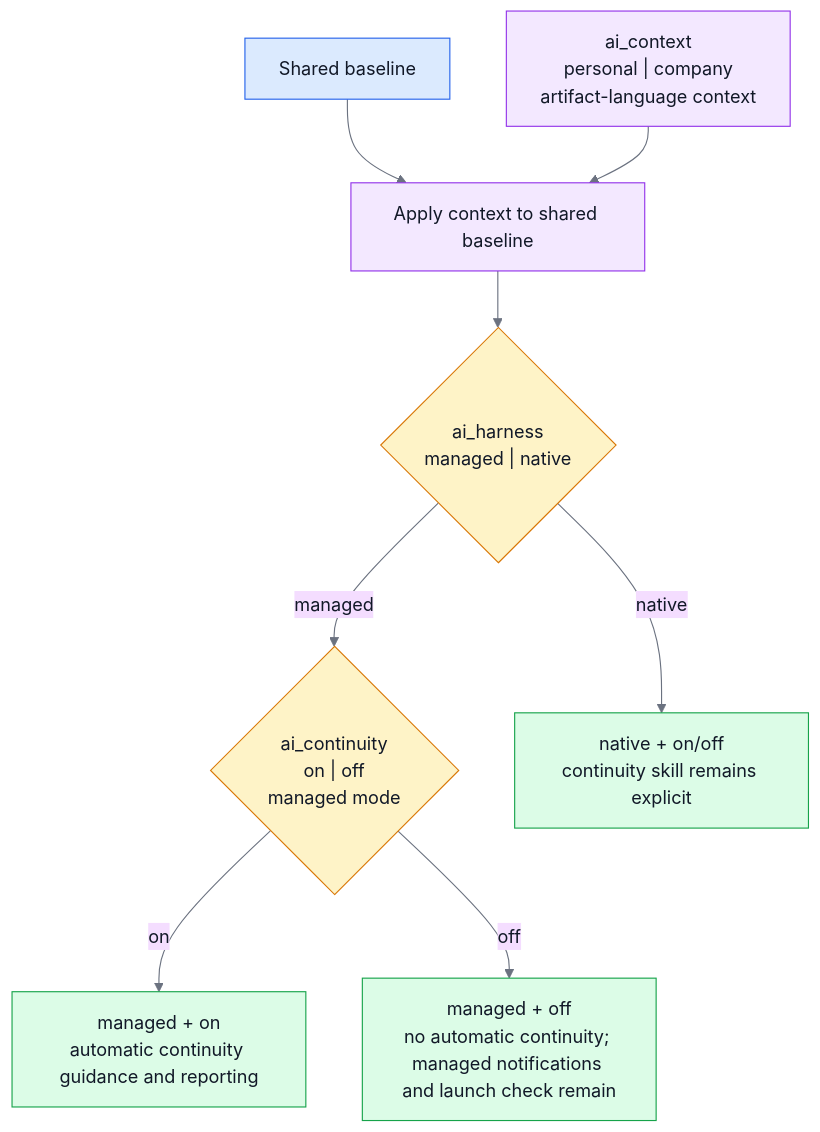
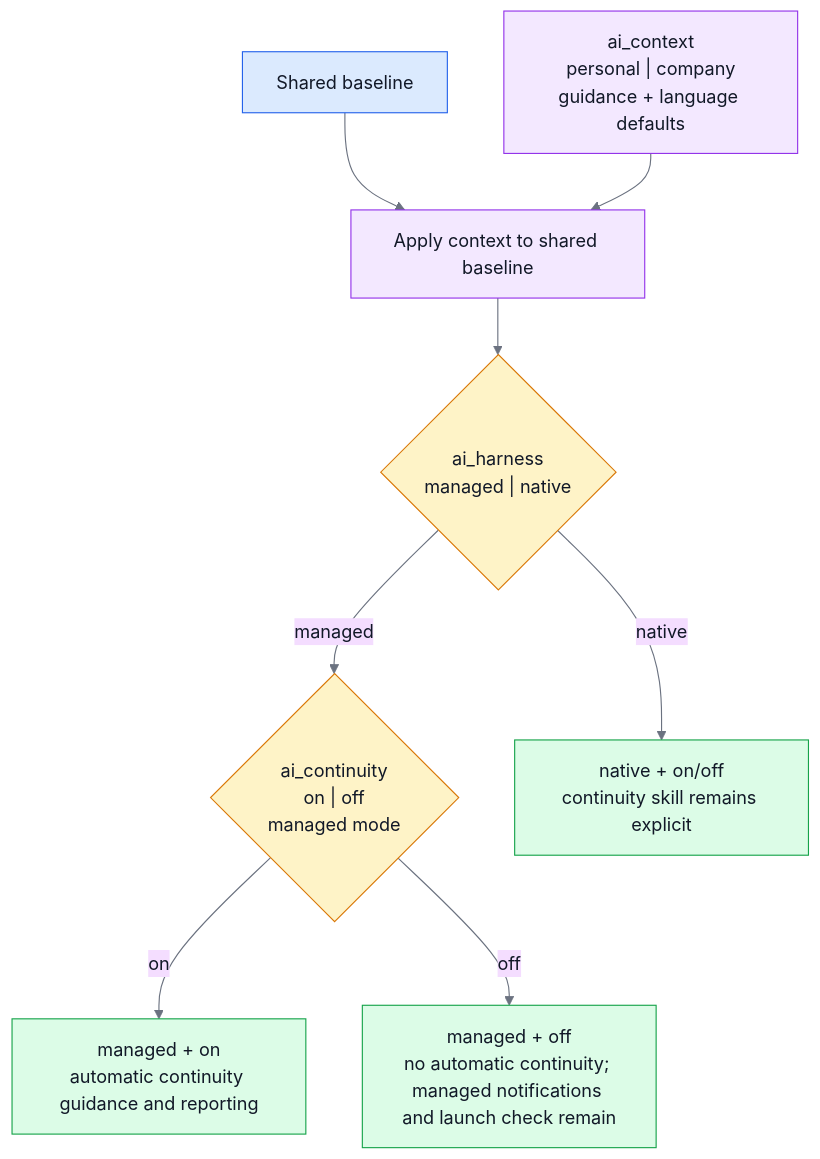
The second of 4 diagrams in README.md (sherrilla71940/dotfiles), drawn with Mermaid before and after one commit. The commit also changed other lines of this file and 18 other files, not shown here.

````diff
--- a/README.md
+++ b/README.md
@@ -106,40 +106,40 @@
 ```mermaid
 %%{init: {"theme": "base", "themeVariables": {"primaryTextColor": "#111827", "nodeTextColor": "#111827", "textColor": "#111827", "lineColor": "#6b7280"}, "flowchart": {"useMaxWidth": true}}}%%
 flowchart TB
     baseline["Shared baseline"]:::base
-    context["ai_context<br/>personal | company<br/>artifact-language context"]:::choice
+    context["ai_context<br/>personal | company<br/>guidance + language defaults"]:::choice
     profile["Apply context to shared baseline"]:::process
     harness{"ai_harness<br/>managed | native"}:::decision
     continuity{"ai_continuity<br/>on | off<br/>managed mode"}:::decision
     managedOn["managed + on<br/>automatic continuity guidance and reporting"]:::result
     managedOff["managed + off<br/>no automatic continuity; managed notifications and launch check remain"]:::result
     native["native + on/off<br/>continuity skill remains explicit"]:::result
 
     baseline --> profile
     context --> profile
     profile --> harness
     harness -->|"managed"| continuity
     continuity -->|"on"| managedOn
     continuity -->|"off"| managedOff
     harness -->|"native"| native
 
     classDef base fill:#dbeafe,stroke:#2563eb,color:#111827
     classDef choice fill:#f3e8ff,stroke:#9333ea,color:#111827
     classDef process fill:#f3e8ff,stroke:#9333ea,color:#111827
     classDef decision fill:#fef3c7,stroke:#d97706,color:#111827
     classDef check fill:#f3f4f6,stroke:#4b5563,color:#111827
     classDef result fill:#dcfce7,stroke:#16a34a,color:#111827
     class baseline base
     class context choice
     class profile process
     class harness,continuity decision
     class managedOn,managedOff,native result
     style baseline color:#111827
     style context color:#111827
     style profile color:#111827
     style harness color:#111827
     style continuity color:#111827
     style managedOn color:#111827
     style managedOff color:#111827
     style native color:#111827
 ```
````
